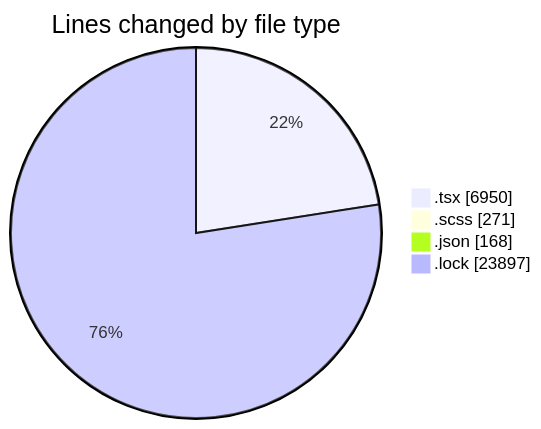
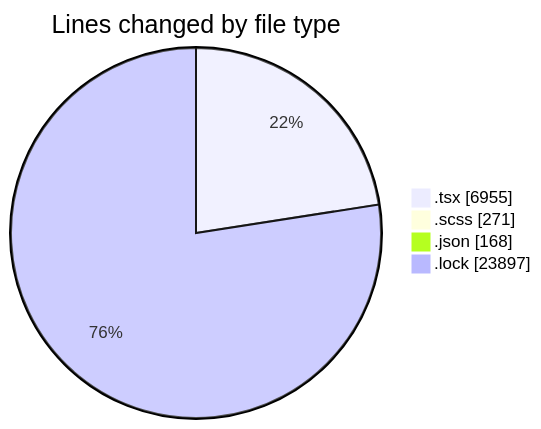
Before and after one commit to momahboobian/code-tracking: the first of 2 diagrams in 2025-11-18/cda/README.md, drawn with Mermaid. The commit also changed other lines of this file and 1 other file, not shown here.

````diff
--- a/2025-11-18/cda/README.md
+++ b/2025-11-18/cda/README.md
@@ -34,8 +34,8 @@
 ```mermaid
 pie showData
 title Lines changed by file type
-".tsx" : 6950
+".tsx" : 6955
 ".scss" : 271
 ".json" : 168
 ".lock" : 23897
 ```
````
